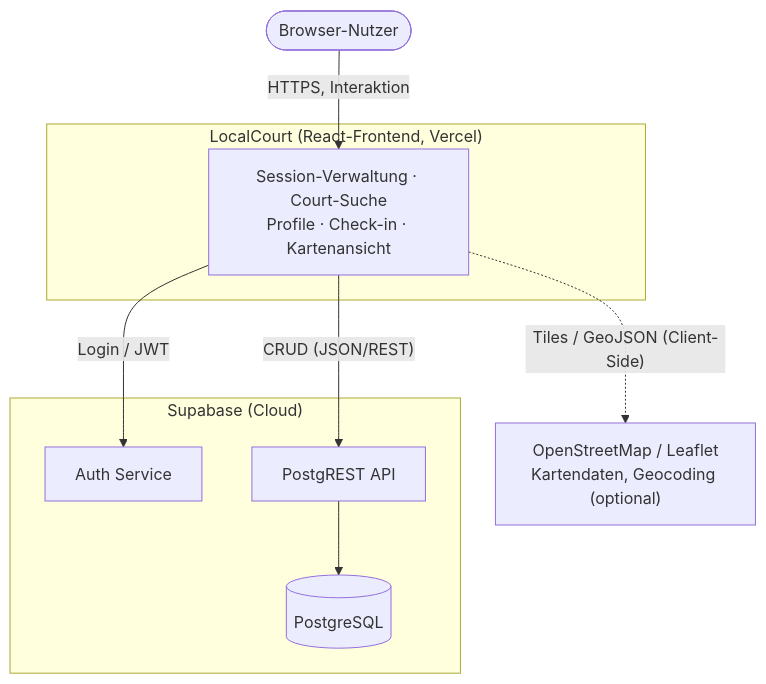
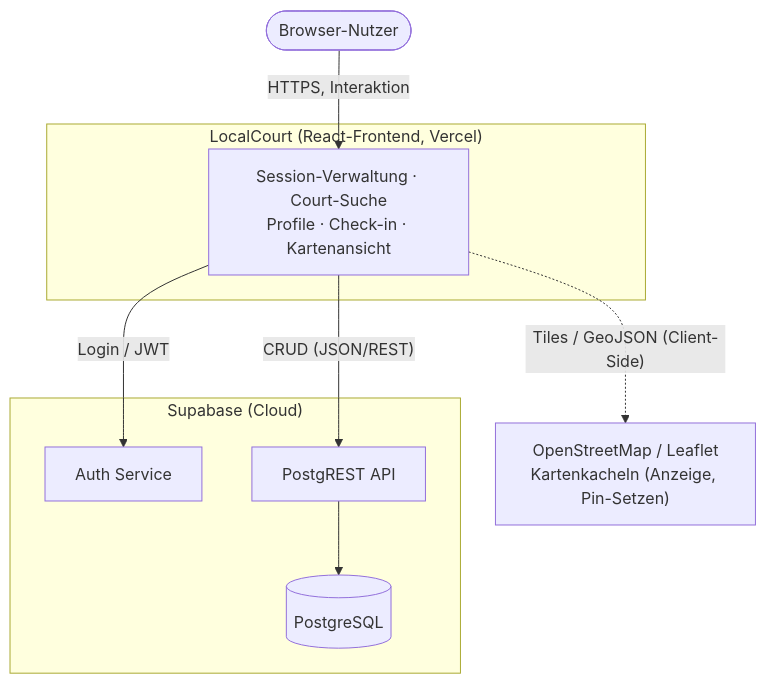
One commit to Finn5k/Wirtschaftsinformatik-Projekt-I changed the first of 5 diagrams in docs/spec/P2-architekturueberblick.md. Above: the diagram before and after it, drawn with Mermaid. The commit also changed other lines of this file and 9 other files, not shown here.

````diff
--- a/docs/spec/P2-architekturueberblick.md
+++ b/docs/spec/P2-architekturueberblick.md
@@ -17,22 +17,22 @@
 ```mermaid
 flowchart TB
     user(["Browser-Nutzer"])
 
     subgraph lc["LocalCourt (React-Frontend, Vercel)"]
         ui["Session-Verwaltung · Court-Suche<br/>Profile · Check-in · Kartenansicht"]
     end
 
     subgraph supa["Supabase (Cloud)"]
         auth["Auth Service"]
         rest["PostgREST API"]
         db[("PostgreSQL")]
     end
 
-    osm["OpenStreetMap / Leaflet<br/>Kartendaten, Geocoding (optional)"]
+    osm["OpenStreetMap / Leaflet<br/>Kartenkacheln (Anzeige, Pin-Setzen)"]
 
     user -->|"HTTPS, Interaktion"| ui
     ui -->|"Login / JWT"| auth
     ui -->|"CRUD (JSON/REST)"| rest
     rest --> db
     ui -.->|"Tiles / GeoJSON (Client-Side)"| osm
 ```
````
